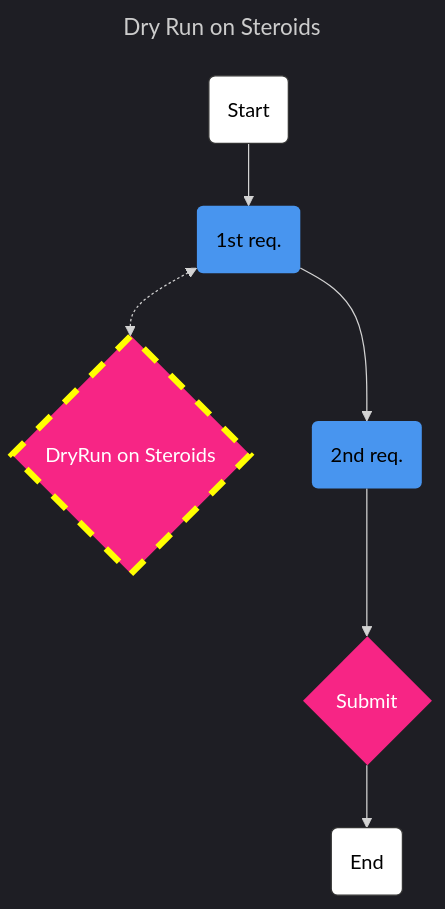
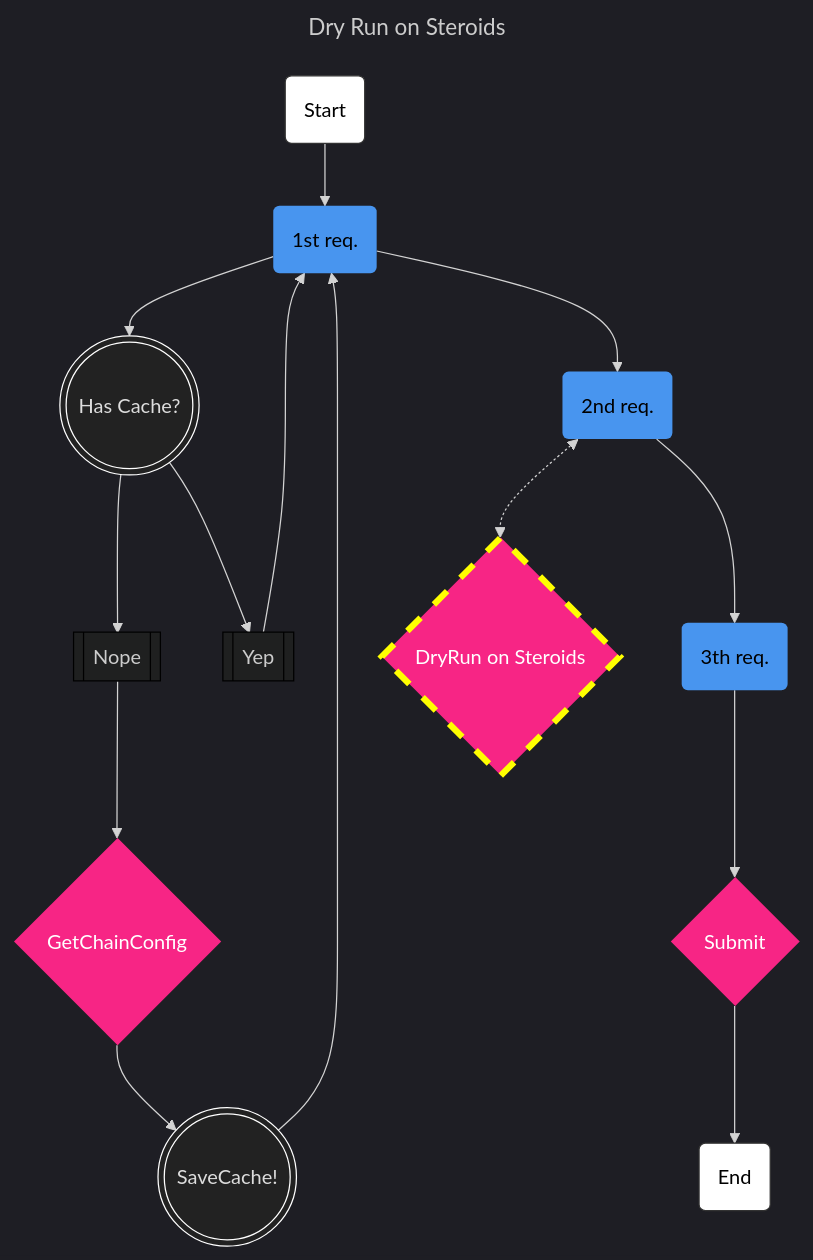
Before and after one commit to Torres-ssf/tx-perf: the fourth of 4 diagrams in README.md, drawn with Mermaid. The commit also changed other lines of this file, not shown here.

Commit message:
adjust final solution

````diff
--- a/README.md
+++ b/README.md
@@ -378,46 +378,57 @@
 ```mermaid
 ---
 title: Dry Run on Steroids
 theme: dark
 ---
 
 %%{
   init: {
     'theme': 'dark'
   }
 }%%
 
 flowchart TB
   Start(Start) --> First(1st req.)
-  First <-.-> DryRun{DryRun on Steroids}
   First --> Second(2nd req.)
-  Second --> Submit{Submit}
+  Second --> Third(3th req.)
+
+  First --> HasConsensus(((Has Cache?)))
+  HasConsensus --> Yep[[Yep]]
+  HasConsensus --> Nope[[Nope]]
+  Nope --> GetChainConfig{GetChainConfig}
+  Yep -->First
+
+  GetChainConfig -->SaveCache(((SaveCache!)))
+  SaveCache --> First
+
+  Second <-.-> DryRun{DryRun on Steroids}
+  Third --> Submit{Submit}
   Submit --> End(End)
 
 classDef default stroke:#000;
 
 classDef GqlRequest stroke:none, fill:#f72585, color:#fff;
 classDef Action stroke:#fff, fill:#222, color:#ddd;
 classDef StartEnd stroke:#333, fill:#fff, color:#000;
 classDef Steps stroke:none, fill:#4895ef, color:#000;
 
 class Start StartEnd;
 class End StartEnd;
 
 class GetChainConfig GqlRequest;
 class EstimateGasPrice GqlRequest;
 class DryRun GqlRequest;
 class Submit GqlRequest;
 class EstimatePredicate GqlRequest;
 
 class HasConsensus Action;
 class SaveCache Action;
 
 class First Steps
 class Second Steps
 class Third Steps
 class Forth Steps
 class Fifth Steps
 
 style DryRun stroke:yellow, stroke-width: 5px, stroke-dasharray:15 15;
 ```
````
